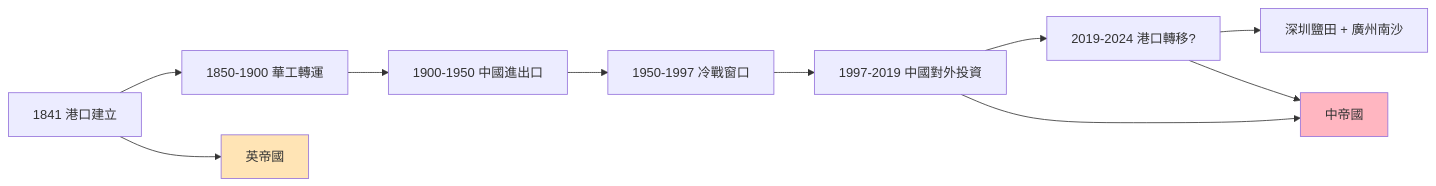
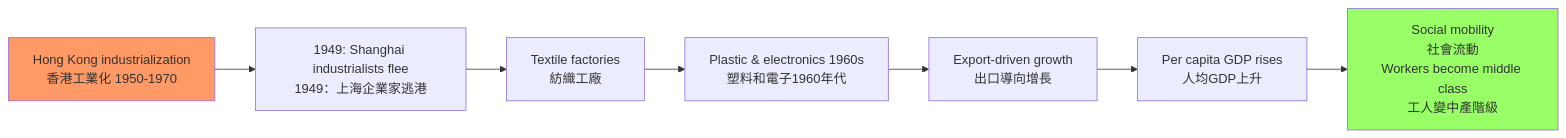
The third of 5 diagrams in 01_HKU_Courses/HIST1017_Modern_Hong_Kong.md (yip-lgtm/HKU-Harvard-History-Self-Study), drawn with Mermaid before and after one commit. The commit also changed other lines of this file and 25 other files, not shown here.

````diff
--- a/01_HKU_Courses/HIST1017_Modern_Hong_Kong.md
+++ b/01_HKU_Courses/HIST1017_Modern_Hong_Kong.md
@@ -350,16 +135,12 @@
 ```mermaid
 graph LR
-    A[1841 港口建立] --> B[1850-1900 華工轉運]
-    B --> C[1900-1950 中國進出口]
-    C --> D[1950-1997 冷戰窗口]
-    D --> E[1997-2019 中國對外投資]
-    E --> F[2019-2024 港口轉移?]
-    F --> G[深圳鹽田 + 廣州南沙]
+    A[Hong Kong industrialization<br/>香港工業化 1950-1970] --> B[1949: Shanghai industrialists flee<br/>1949：上海企業家逃港]
+    B --> C[Textile factories<br/>紡織工廠]
+    C --> D[Plastic & electronics 1960s<br/>塑料和電子1960年代]
+    D --> E[Export-driven growth<br/>出口導向增長]
+    E --> F[Per capita GDP rises<br/>人均GDP上升]
+    F --> G[Social mobility<br/>社會流動<br/>Workers become middle class<br/>工人變中產階級]
     
-    A --> H[英帝國]
-    E --> I[中帝國]
-    F --> I
-    
-    style H fill:#ffe4b5
-    style I fill:#ffb6c1
+    style A fill:#f96
+    style G fill:#9f6
 ```
````
